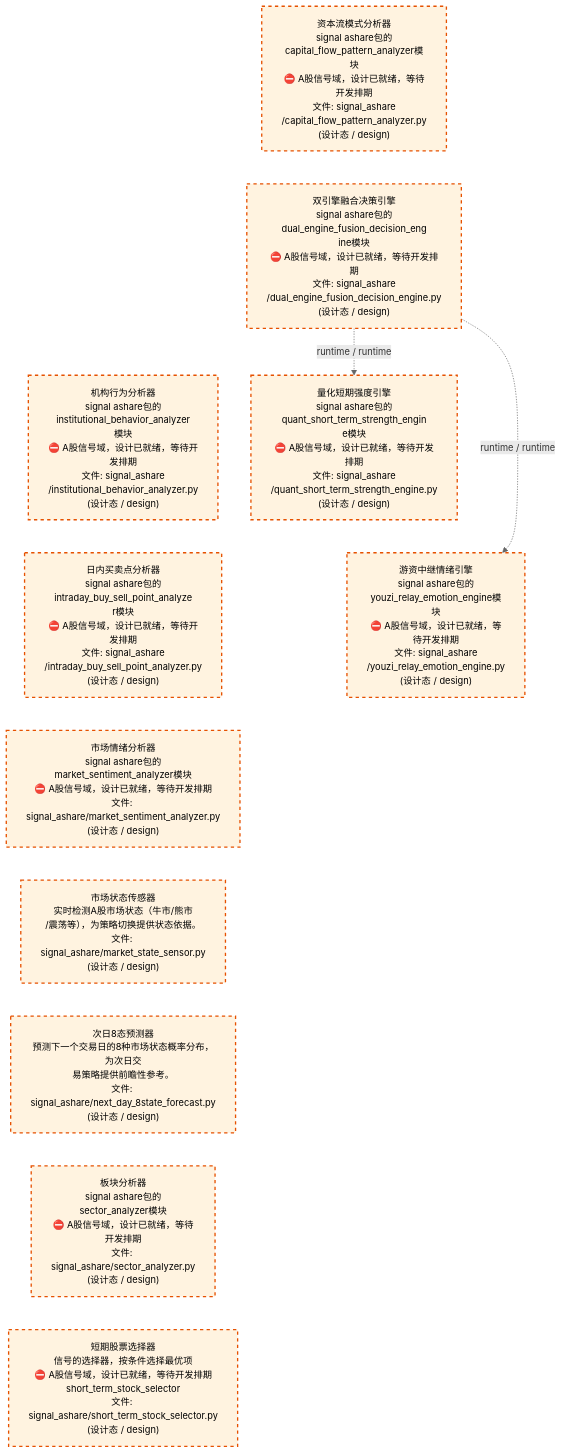
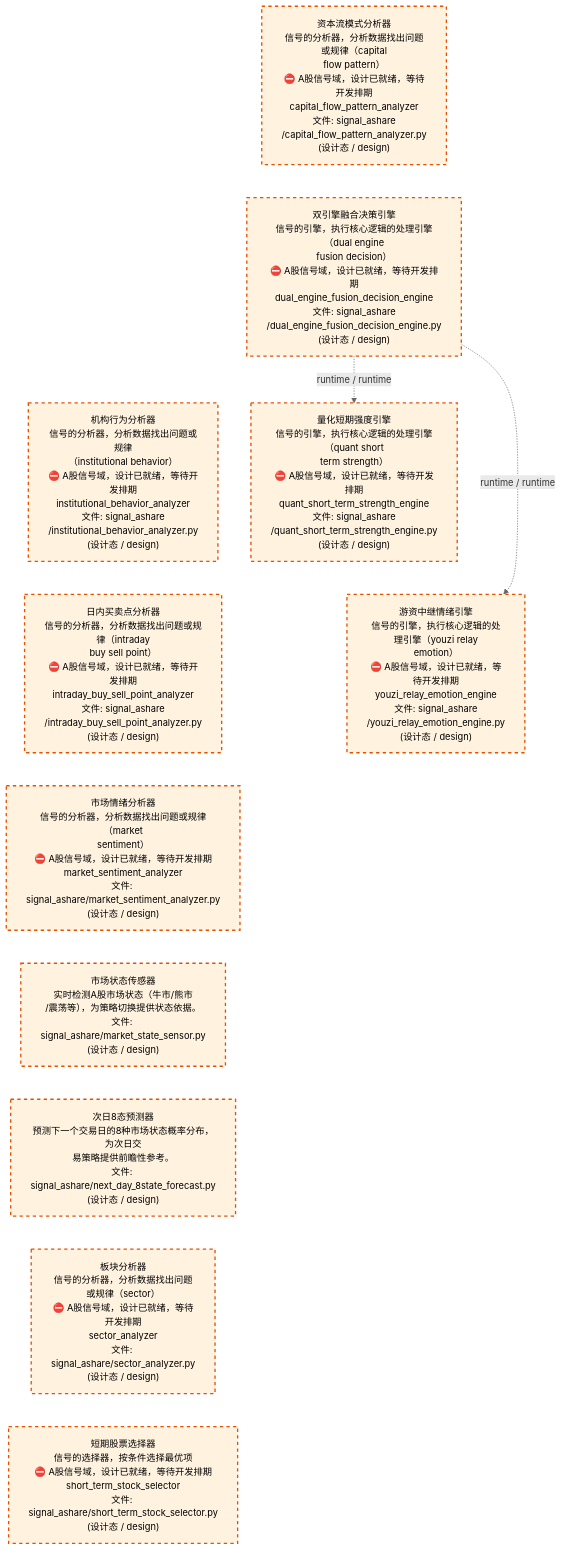
One commit to xuanFelixVan/ZephyrAlpha changed the third of 4 diagrams in docs/02_enterprise_architecture/02_domain_architecture_docs/32_d_ashare_signal.md. Above: the diagram before and after it, drawn with Mermaid. The commit also changed other lines of this file and 36 other files, not shown here.

````diff
--- a/docs/02_enterprise_architecture/02_domain_architecture_docs/32_d_ashare_signal.md
+++ b/docs/02_enterprise_architecture/02_domain_architecture_docs/32_d_ashare_signal.md
@@ -134,31 +134,31 @@
 ```mermaid
 %%{init: {'theme': 'base', 'themeVariables': {'primaryColor': '#eaeaea', 'primaryTextColor': '#333333', 'primaryBorderColor': '#666666', 'lineColor': '#666666', 'secondaryColor': '#eaeaea', 'tertiaryColor': '#eaeaea', 'fontSize': '14px'}}}%%
 flowchart TD
-    src_zephyr_signal_ashare_capital_flow_pattern_analyzer_py["资本流模式分析器<br/>signal ashare包的capital_flow_pattern_analyzer模<br/>块<br/>⛔ A股信号域，设计已就绪，等待开发排期<br/>文件: signal_ashare<br/>/capital_flow_pattern_analyzer.py<br/>(设计态 / design)"]
-    src_zephyr_signal_ashare_dual_engine_fusion_decision_engine_py["双引擎融合决策引擎<br/>signal ashare包的dual_engine_fusion_decision_eng<br/>ine模块<br/>⛔ A股信号域，设计已就绪，等待开发排期<br/>文件: signal_ashare<br/>/dual_engine_fusion_decision_engine.py<br/>(设计态 / design)"]
-    src_zephyr_signal_ashare_institutional_behavior_analyzer_py["机构行为分析器<br/>signal ashare包的institutional_behavior_analyzer<br/>模块<br/>⛔ A股信号域，设计已就绪，等待开发排期<br/>文件: signal_ashare<br/>/institutional_behavior_analyzer.py<br/>(设计态 / design)"]
-    src_zephyr_signal_ashare_intraday_buy_sell_point_analyzer_py["日内买卖点分析器<br/>signal ashare包的intraday_buy_sell_point_analyze<br/>r模块<br/>⛔ A股信号域，设计已就绪，等待开发排期<br/>文件: signal_ashare<br/>/intraday_buy_sell_point_analyzer.py<br/>(设计态 / design)"]
-    src_zephyr_signal_ashare_market_sentiment_analyzer_py["市场情绪分析器<br/>signal ashare包的market_sentiment_analyzer模块<br/>⛔ A股信号域，设计已就绪，等待开发排期<br/>文件: signal_ashare/market_sentiment_analyzer.py<br/>(设计态 / design)"]
+    src_zephyr_signal_ashare_capital_flow_pattern_analyzer_py["资本流模式分析器<br/>信号的分析器，分析数据找出问题或规律（capital<br/>flow pattern）<br/>⛔ A股信号域，设计已就绪，等待开发排期<br/>capital_flow_pattern_analyzer<br/>文件: signal_ashare<br/>/capital_flow_pattern_analyzer.py<br/>(设计态 / design)"]
+    src_zephyr_signal_ashare_dual_engine_fusion_decision_engine_py["双引擎融合决策引擎<br/>信号的引擎，执行核心逻辑的处理引擎（dual engine<br/>fusion decision）<br/>⛔ A股信号域，设计已就绪，等待开发排期<br/>dual_engine_fusion_decision_engine<br/>文件: signal_ashare<br/>/dual_engine_fusion_decision_engine.py<br/>(设计态 / design)"]
+    src_zephyr_signal_ashare_institutional_behavior_analyzer_py["机构行为分析器<br/>信号的分析器，分析数据找出问题或规律<br/>（institutional behavior）<br/>⛔ A股信号域，设计已就绪，等待开发排期<br/>institutional_behavior_analyzer<br/>文件: signal_ashare<br/>/institutional_behavior_analyzer.py<br/>(设计态 / design)"]
+    src_zephyr_signal_ashare_intraday_buy_sell_point_analyzer_py["日内买卖点分析器<br/>信号的分析器，分析数据找出问题或规律（intraday<br/>buy sell point）<br/>⛔ A股信号域，设计已就绪，等待开发排期<br/>intraday_buy_sell_point_analyzer<br/>文件: signal_ashare<br/>/intraday_buy_sell_point_analyzer.py<br/>(设计态 / design)"]
+    src_zephyr_signal_ashare_market_sentiment_analyzer_py["市场情绪分析器<br/>信号的分析器，分析数据找出问题或规律（market<br/>sentiment）<br/>⛔ A股信号域，设计已就绪，等待开发排期<br/>market_sentiment_analyzer<br/>文件: signal_ashare/market_sentiment_analyzer.py<br/>(设计态 / design)"]
     src_zephyr_signal_ashare_market_state_sensor_py["市场状态传感器<br/>实时检测A股市场状态（牛市/熊市<br/>/震荡等），为策略切换提供状态依据。<br/>文件: signal_ashare/market_state_sensor.py<br/>(设计态 / design)"]
     src_zephyr_signal_ashare_next_day_8state_forecast_py["次日8态预测器<br/>预测下一个交易日的8种市场状态概率分布，为次日交<br/>易策略提供前瞻性参考。<br/>文件: signal_ashare/next_day_8state_forecast.py<br/>(设计态 / design)"]
-    src_zephyr_signal_ashare_sector_analyzer_py["板块分析器<br/>signal ashare包的sector_analyzer模块<br/>⛔ A股信号域，设计已就绪，等待开发排期<br/>文件: signal_ashare/sector_analyzer.py<br/>(设计态 / design)"]
+    src_zephyr_signal_ashare_sector_analyzer_py["板块分析器<br/>信号的分析器，分析数据找出问题或规律（sector）<br/>⛔ A股信号域，设计已就绪，等待开发排期<br/>sector_analyzer<br/>文件: signal_ashare/sector_analyzer.py<br/>(设计态 / design)"]
     src_zephyr_signal_ashare_short_term_stock_selector_py["短期股票选择器<br/>信号的选择器，按条件选择最优项<br/>⛔ A股信号域，设计已就绪，等待开发排期<br/>short_term_stock_selector<br/>文件: signal_ashare/short_term_stock_selector.py<br/>(设计态 / design)"]
     src_zephyr_signal_ashare_capital_flow_pattern_analyzer_py ~~~ src_zephyr_signal_ashare_dual_engine_fusion_decision_engine_py
     src_zephyr_signal_ashare_dual_engine_fusion_decision_engine_py ~~~ src_zephyr_signal_ashare_institutional_behavior_analyzer_py
     src_zephyr_signal_ashare_institutional_behavior_analyzer_py ~~~ src_zephyr_signal_ashare_intraday_buy_sell_point_analyzer_py
     src_zephyr_signal_ashare_intraday_buy_sell_point_analyzer_py ~~~ src_zephyr_signal_ashare_market_sentiment_analyzer_py
     src_zephyr_signal_ashare_market_sentiment_analyzer_py ~~~ src_zephyr_signal_ashare_market_state_sensor_py
     src_zephyr_signal_ashare_market_state_sensor_py ~~~ src_zephyr_signal_ashare_next_day_8state_forecast_py
     src_zephyr_signal_ashare_next_day_8state_forecast_py ~~~ src_zephyr_signal_ashare_sector_analyzer_py
     src_zephyr_signal_ashare_sector_analyzer_py ~~~ src_zephyr_signal_ashare_short_term_stock_selector_py
-    src_zephyr_signal_ashare_quant_short_term_strength_engine_py["量化短期强度引擎<br/>signal ashare包的quant_short_term_strength_engin<br/>e模块<br/>⛔ A股信号域，设计已就绪，等待开发排期<br/>文件: signal_ashare<br/>/quant_short_term_strength_engine.py<br/>(设计态 / design)"]
-    src_zephyr_signal_ashare_youzi_relay_emotion_engine_py["游资中继情绪引擎<br/>signal ashare包的youzi_relay_emotion_engine模块<br/>⛔ A股信号域，设计已就绪，等待开发排期<br/>文件: signal_ashare<br/>/youzi_relay_emotion_engine.py<br/>(设计态 / design)"]
+    src_zephyr_signal_ashare_quant_short_term_strength_engine_py["量化短期强度引擎<br/>信号的引擎，执行核心逻辑的处理引擎（quant short<br/>term strength）<br/>⛔ A股信号域，设计已就绪，等待开发排期<br/>quant_short_term_strength_engine<br/>文件: signal_ashare<br/>/quant_short_term_strength_engine.py<br/>(设计态 / design)"]
+    src_zephyr_signal_ashare_youzi_relay_emotion_engine_py["游资中继情绪引擎<br/>信号的引擎，执行核心逻辑的处理引擎（youzi relay<br/>emotion）<br/>⛔ A股信号域，设计已就绪，等待开发排期<br/>youzi_relay_emotion_engine<br/>文件: signal_ashare<br/>/youzi_relay_emotion_engine.py<br/>(设计态 / design)"]
     src_zephyr_signal_ashare_quant_short_term_strength_engine_py ~~~ src_zephyr_signal_ashare_youzi_relay_emotion_engine_py
     src_zephyr_signal_ashare_dual_engine_fusion_decision_engine_py -.->|runtime / runtime| src_zephyr_signal_ashare_youzi_relay_emotion_engine_py
     src_zephyr_signal_ashare_dual_engine_fusion_decision_engine_py -.->|runtime / runtime| src_zephyr_signal_ashare_quant_short_term_strength_engine_py
     classDef production fill:#e1f5fe,stroke:#01579b,stroke-width:2px,color:#000
     classDef design fill:#fff3e0,stroke:#e65100,stroke-width:2px,color:#000,stroke-dasharray: 5 5
     classDef external_prod fill:#e8f4fd,stroke:#0277bd,stroke-width:1px,color:#000
     classDef external_design fill:#fff8e7,stroke:#ef6c00,stroke-width:1px,color:#000,stroke-dasharray: 5 5
     class src_zephyr_signal_ashare_capital_flow_pattern_analyzer_py,src_zephyr_signal_ashare_dual_engine_fusion_decision_engine_py,src_zephyr_signal_ashare_institutional_behavior_analyzer_py,src_zephyr_signal_ashare_intraday_buy_sell_point_analyzer_py,src_zephyr_signal_ashare_market_sentiment_analyzer_py,src_zephyr_signal_ashare_market_state_sensor_py,src_zephyr_signal_ashare_next_day_8state_forecast_py,src_zephyr_signal_ashare_quant_short_term_strength_engine_py,src_zephyr_signal_ashare_sector_analyzer_py,src_zephyr_signal_ashare_short_term_stock_selector_py,src_zephyr_signal_ashare_youzi_relay_emotion_engine_py design
 ```
````
